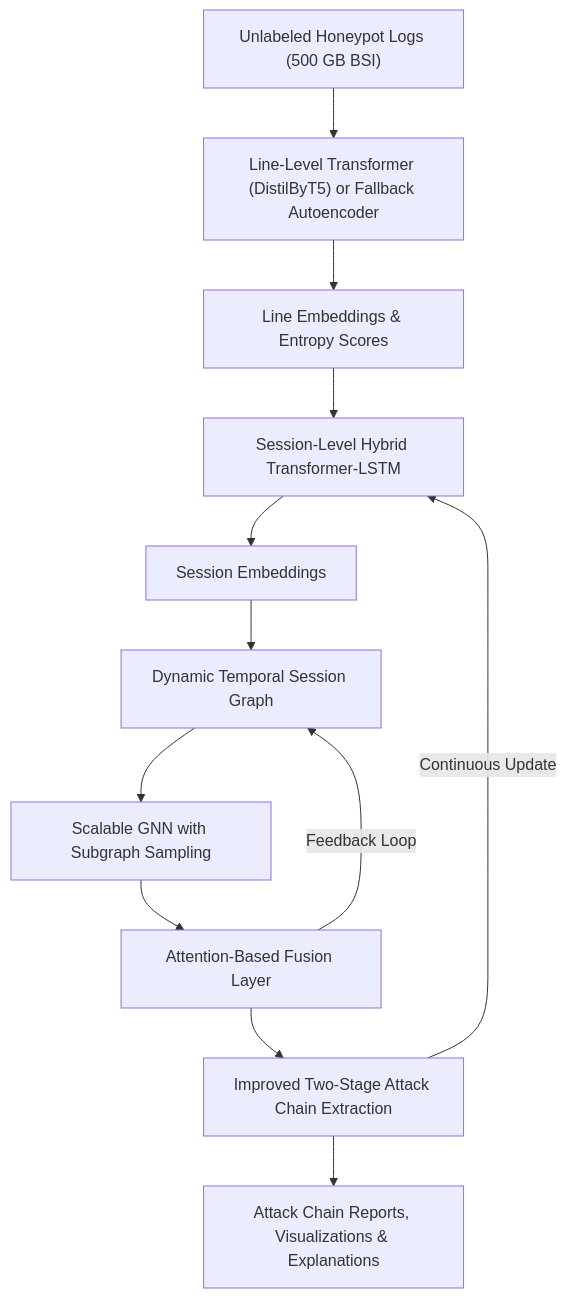
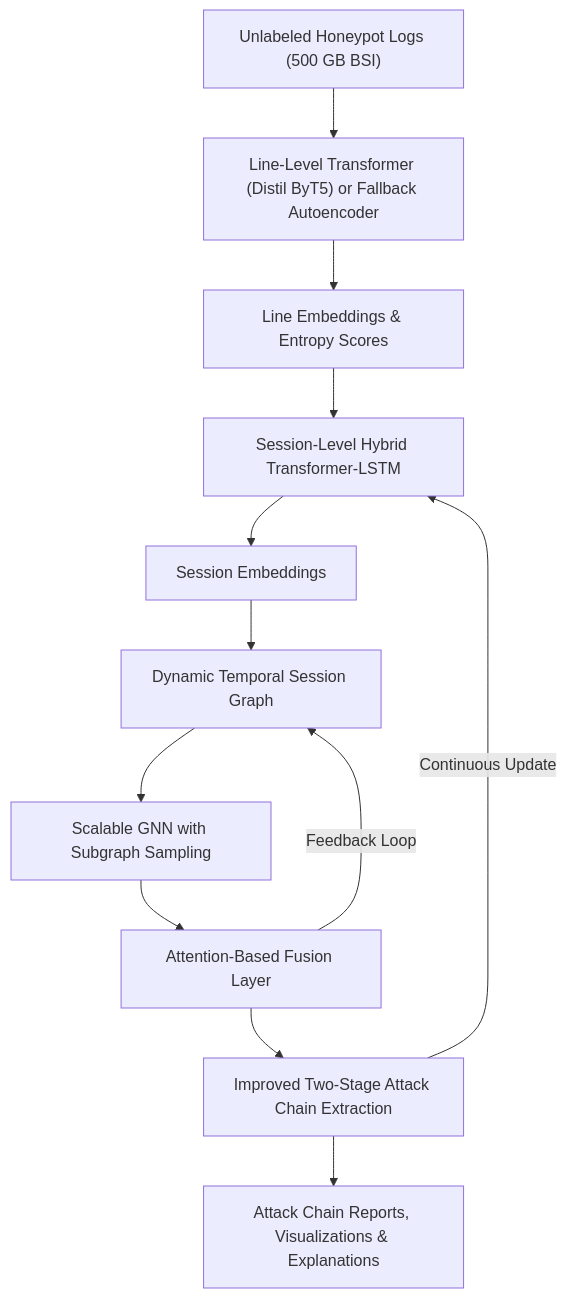
One commit to JohannesLks/Thesis changed the diagram in docs/documentation/concept1.md. Above: the diagram before and after it, drawn with Mermaid.

````diff
--- a/docs/documentation/concept1.md
+++ b/docs/documentation/concept1.md
@@ -66,14 +66,14 @@
 ```mermaid
 graph TD
-  Input["Unlabeled Honeypot Logs (500 GB BSI)"] --> LineTransformer["Line-Level Transformer (DistilByT5) or Fallback Autoencoder"]
+  Input["Unlabeled Honeypot Logs (500 GB BSI)"] --> LineTransformer["Line-Level Transformer (Distil ByT5) or Fallback Autoencoder"]
   LineTransformer --> LineEmbeddings["Line Embeddings & Entropy Scores"]
   LineEmbeddings --> SessionModel["Session-Level Hybrid Transformer-LSTM"]
   SessionModel --> SessionEmbeddings["Session Embeddings"]
   SessionEmbeddings --> TemporalGraph["Dynamic Temporal Session Graph"]
   TemporalGraph --> GNN["Scalable GNN with Subgraph Sampling"]
   GNN --> Fusion["Attention-Based Fusion Layer"]
   Fusion --> AttackChains["Improved Two-Stage Attack Chain Extraction"]
   AttackChains --> Output["Attack Chain Reports, Visualizations & Explanations"]
   Fusion -->|Feedback Loop| TemporalGraph
   AttackChains -->|Continuous Update| SessionModel
 ```
````
